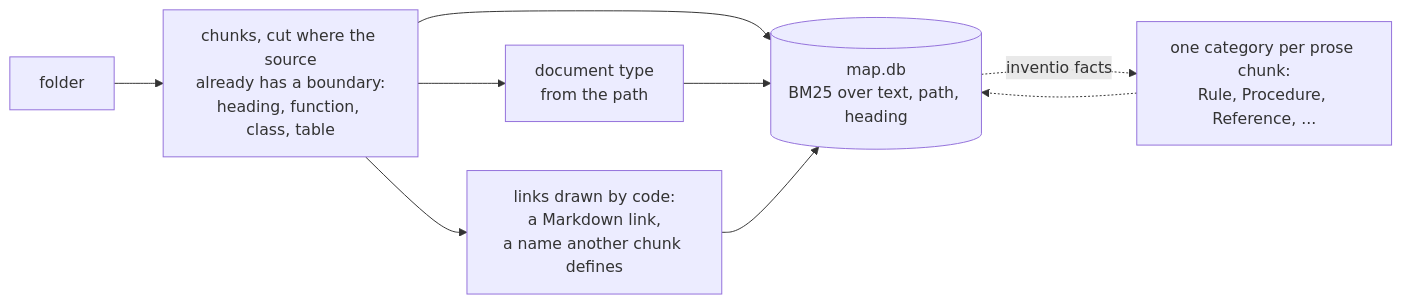
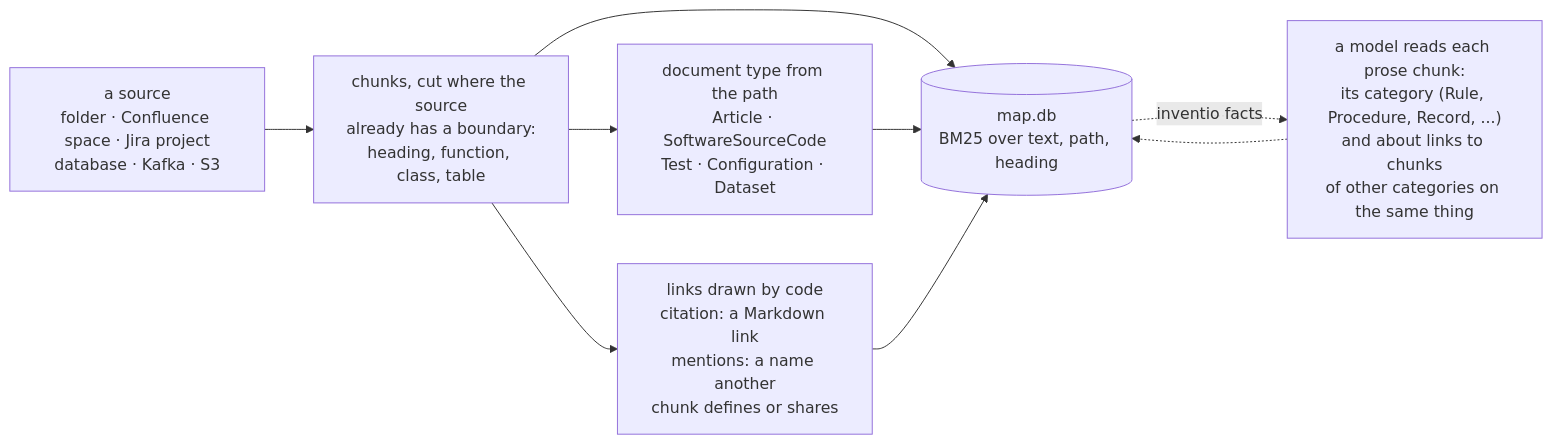
Before and after one commit to minhquan23102000/inventio: the first of 3 diagrams in README.md, drawn with Mermaid. The commit also changed other lines of this file and 1 other file, not shown here.

Commit message:
README: one running example (examples/webshop), real outputs, the map as a graph, sources grouped

````diff
--- a/README.md
+++ b/README.md
@@ -71,8 +88,8 @@
 ```mermaid
 flowchart LR
-    D["folder"] --> C["chunks, cut where the source<br/>already has a boundary:<br/>heading, function, class, table"]
+    S["a source<br/>folder · Confluence space · Jira project<br/>database · Kafka · S3"] --> C["chunks, cut where the source<br/>already has a boundary:<br/>heading, function, class, table"]
     C --> M[("map.db<br/>BM25 over text, path, heading")]
-    C --> T["document type<br/>from the path"] --> M
-    C --> L["links drawn by code:<br/>a Markdown link,<br/>a name another chunk defines"] --> M
-    M -. "inventio facts" .-> F["one category per prose chunk:<br/>Rule, Procedure, Reference, ..."] -.-> M
+    C --> T["document type from the path<br/>Article · SoftwareSourceCode<br/>Test · Configuration · Dataset"] --> M
+    C --> L["links drawn by code<br/>citation: a Markdown link<br/>mentions: a name another<br/>chunk defines or shares"] --> M
+    M -. "inventio facts" .-> F["a model reads each prose chunk:<br/>its category (Rule, Procedure, Record, ...)<br/>and about links to chunks<br/>of other categories on the same thing"] -.-> M
 ```
````
